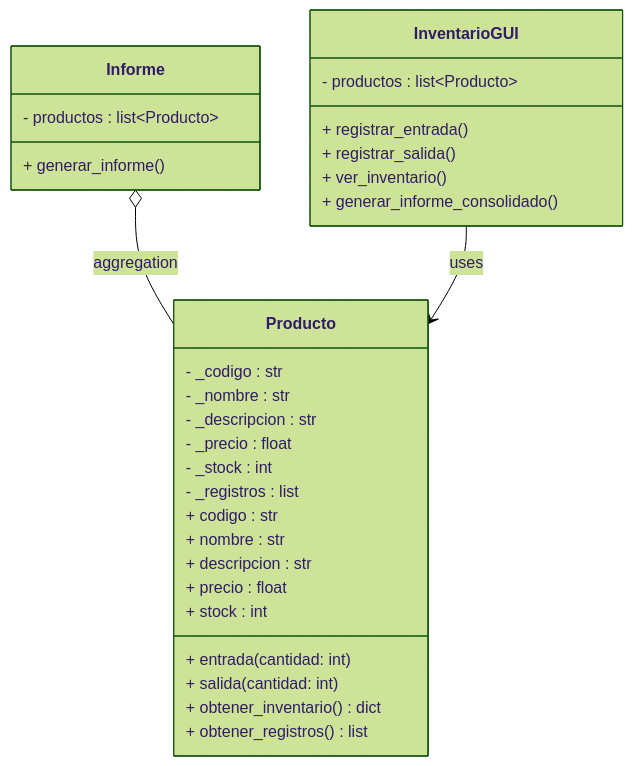
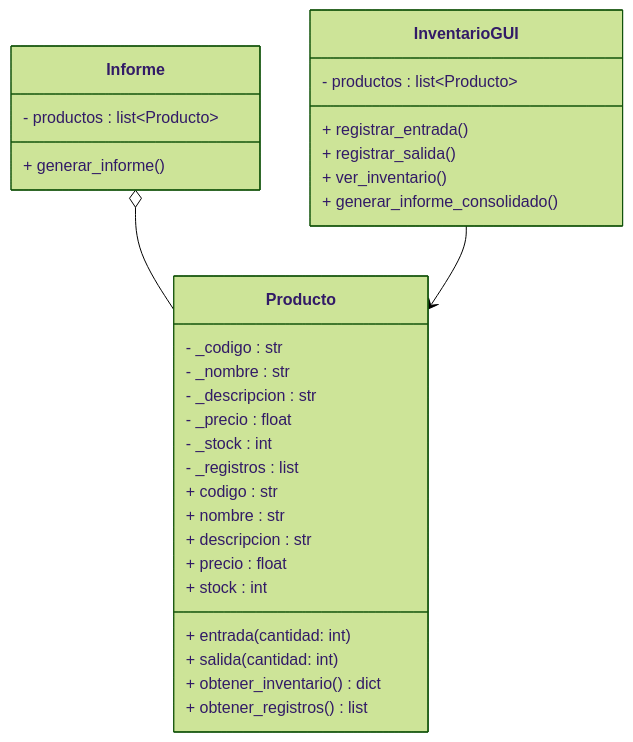
One commit to arnoldoswaldo/proyecto_poo_unal changed the diagram in README.md. Above: the diagram before and after it, drawn with Mermaid (forest theme). The commit also changed other lines of this file, not shown here.

````diff
--- a/README.md
+++ b/README.md
@@ -5,36 +7,36 @@
 ```mermaid
 classDiagram
     class Producto {
         - _codigo : str
         - _nombre : str
         - _descripcion : str
         - _precio : float
         - _stock : int
         - _registros : list
         + codigo : str
         + nombre : str
         + descripcion : str
         + precio : float
         + stock : int
         + entrada(cantidad: int)
         + salida(cantidad: int)
         + obtener_inventario() dict
         + obtener_registros() list
     }
 
     class Informe {
         - productos : list~Producto~
         + generar_informe()
     }
 
     class InventarioGUI {
         - productos : list~Producto~
         + registrar_entrada()
         + registrar_salida()
         + ver_inventario()
         + generar_informe_consolidado()
     }
 
-    Informe o-- Producto : aggregation
-    InventarioGUI --> Producto : uses
+    Informe o-- Producto 
+    InventarioGUI --> Producto 
 ```
````
